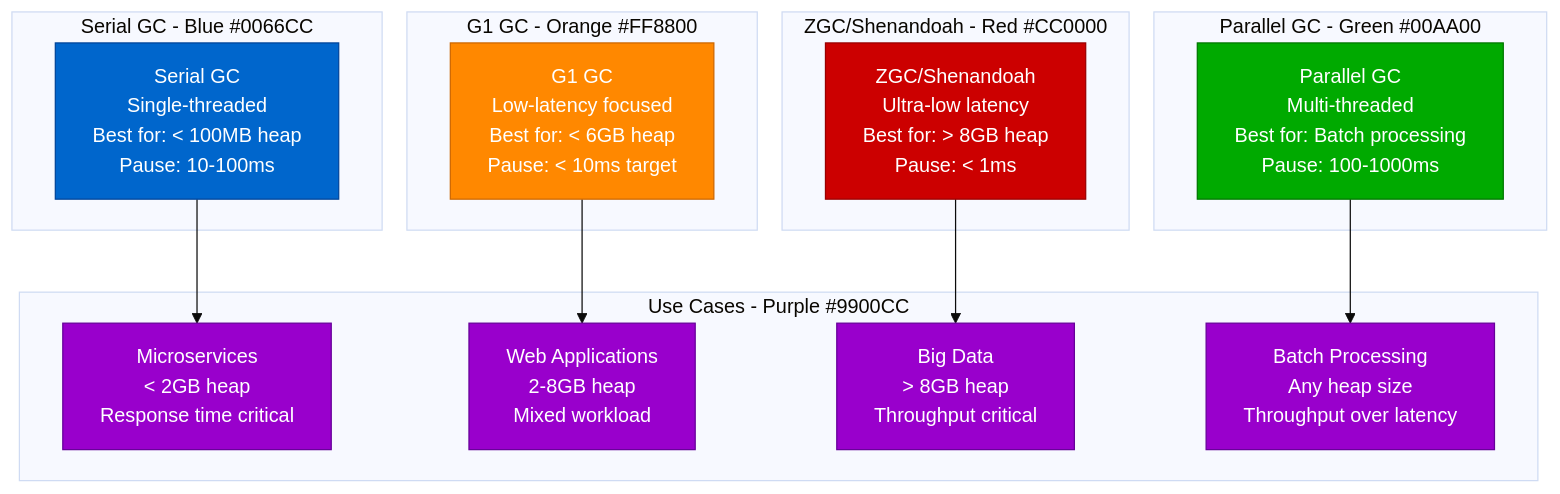
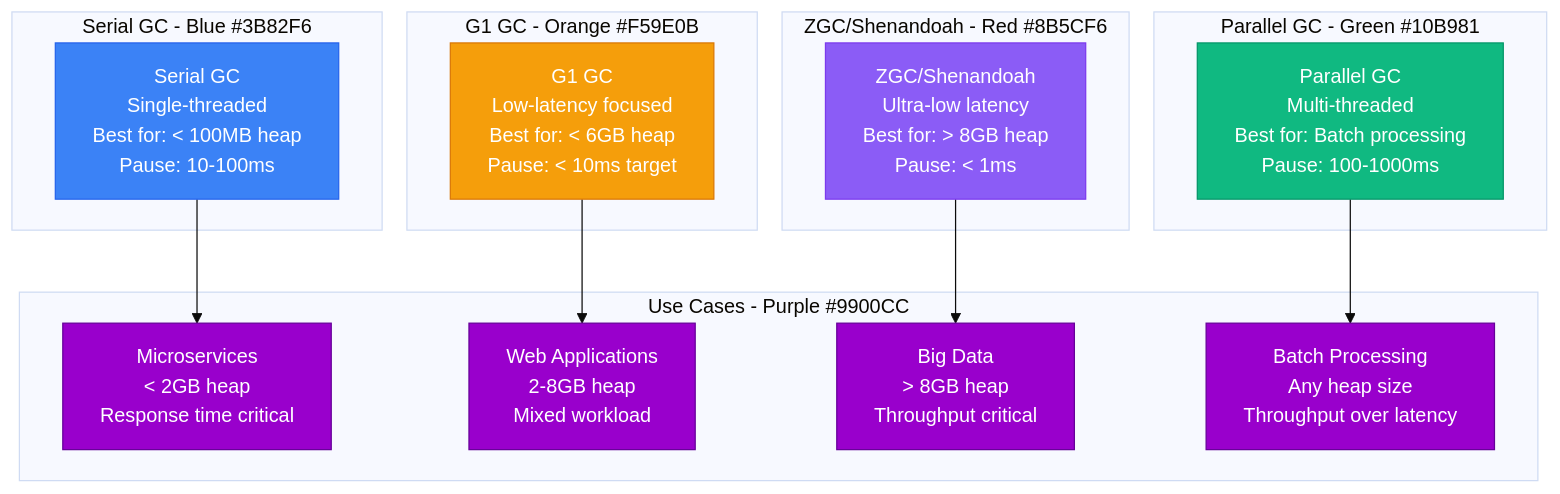
One commit to deepaucksharma/DS changed the second of 3 diagrams in site/docs/debugging/java-gc-tuning-debugging.md. Above: the diagram before and after it, drawn with Mermaid (base theme). The commit also changed other lines of this file and 187 other files, not shown here.

````diff
--- a/site/docs/debugging/java-gc-tuning-debugging.md
+++ b/site/docs/debugging/java-gc-tuning-debugging.md
@@ -162,42 +162,42 @@
 ```mermaid
 graph TB
-    subgraph SerialGC[Serial GC - Blue #0066CC]
+    subgraph SerialGC[Serial GC - Blue #3B82F6]
         SERIAL[Serial GC<br/>Single-threaded<br/>Best for: < 100MB heap<br/>Pause: 10-100ms]
     end
 
-    subgraph ParallelGC[Parallel GC - Green #00AA00]
+    subgraph ParallelGC[Parallel GC - Green #10B981]
         PARALLEL[Parallel GC<br/>Multi-threaded<br/>Best for: Batch processing<br/>Pause: 100-1000ms]
     end
 
-    subgraph G1GC[G1 GC - Orange #FF8800]
+    subgraph G1GC[G1 GC - Orange #F59E0B]
         G1[G1 GC<br/>Low-latency focused<br/>Best for: < 6GB heap<br/>Pause: < 10ms target]
     end
 
-    subgraph ZGC[ZGC/Shenandoah - Red #CC0000]
+    subgraph ZGC[ZGC/Shenandoah - Red #8B5CF6]
         Z[ZGC/Shenandoah<br/>Ultra-low latency<br/>Best for: > 8GB heap<br/>Pause: < 1ms]
     end
 
     subgraph UseCases[Use Cases - Purple #9900CC]
         MICROSERVICE[Microservices<br/>< 2GB heap<br/>Response time critical]
         WEB_APP[Web Applications<br/>2-8GB heap<br/>Mixed workload]
         BIG_DATA[Big Data<br/>> 8GB heap<br/>Throughput critical]
         BATCH[Batch Processing<br/>Any heap size<br/>Throughput over latency]
     end
 
     SERIAL --> MICROSERVICE
     G1 --> WEB_APP
     Z --> BIG_DATA
     PARALLEL --> BATCH
 
-    classDef serialStyle fill:#0066CC,stroke:#004499,color:#fff
-    classDef parallelStyle fill:#00AA00,stroke:#007700,color:#fff
-    classDef g1Style fill:#FF8800,stroke:#CC6600,color:#fff
-    classDef zStyle fill:#CC0000,stroke:#990000,color:#fff
+    classDef serialStyle fill:#3B82F6,stroke:#2563EB,color:#fff
+    classDef parallelStyle fill:#10B981,stroke:#059669,color:#fff
+    classDef g1Style fill:#F59E0B,stroke:#D97706,color:#fff
+    classDef zStyle fill:#8B5CF6,stroke:#7C3AED,color:#fff
     classDef usecaseStyle fill:#9900CC,stroke:#660099,color:#fff
 
     class SERIAL serialStyle
     class PARALLEL parallelStyle
     class G1 g1Style
     class Z zStyle
     class MICROSERVICE,WEB_APP,BIG_DATA,BATCH usecaseStyle
 ```
````
